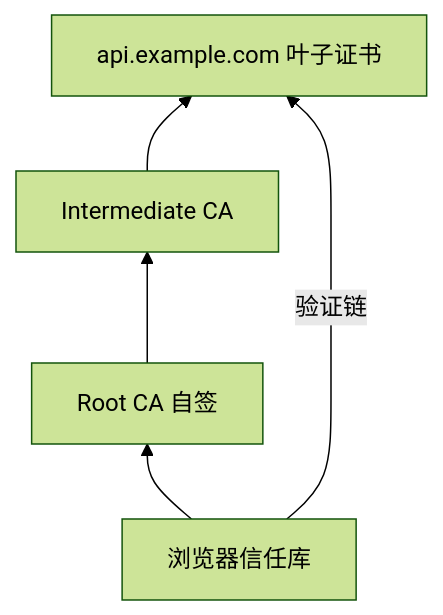
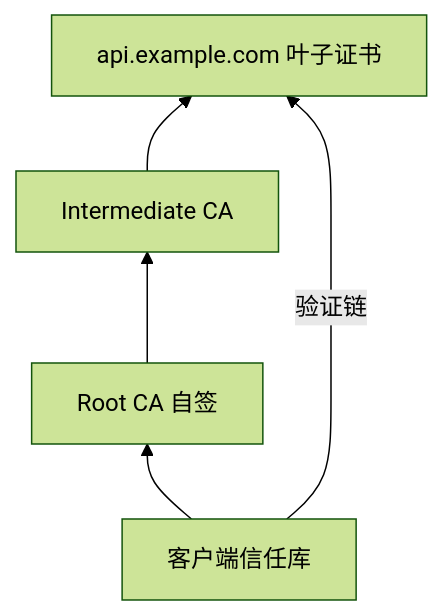
One commit to moqix26/study changed the fourth of 9 diagrams in 前端学习/计算机网络/05-HTTPS与TLS加密.md. Above: the diagram before and after it, drawn with Mermaid (forest theme). The commit also changed other lines of this file and 10 other files, not shown here.

````diff
--- a/前端学习/计算机网络/05-HTTPS与TLS加密.md
+++ b/前端学习/计算机网络/05-HTTPS与TLS加密.md
@@ -237,10 +279,10 @@
 ```mermaid
 flowchart BT
-    Root[Root CA 自签]
-    Inter[Intermediate CA]
-    Leaf[api.example.com 叶子证书]
+    Root["Root CA 自签"]
+    Inter["Intermediate CA"]
+    Leaf["api.example.com 叶子证书"]
     Root --> Inter
     Inter --> Leaf
-    Browser[浏览器信任库] --> Root
-    Browser -->|验证链| Leaf
+    Client["客户端信任库"] --> Root
+    Client -->|"验证链"| Leaf
 ```
````
